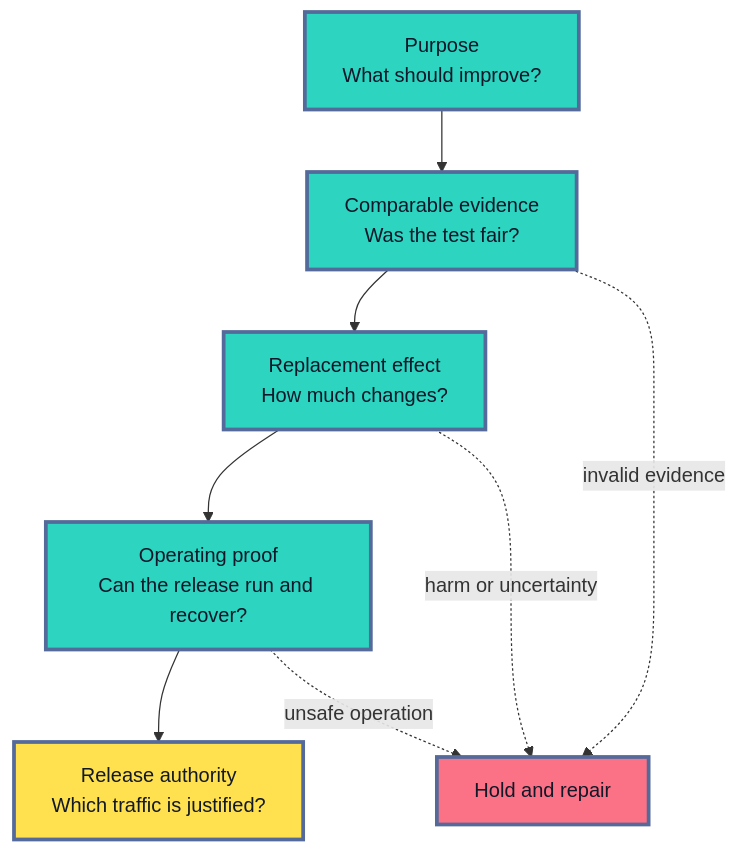
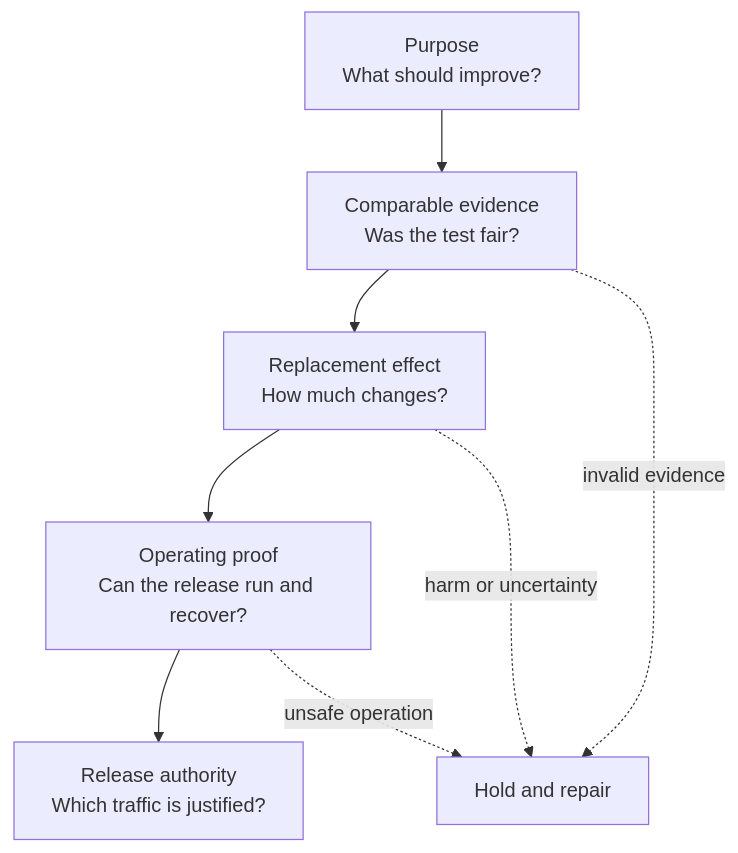
The first of 3 diagrams in roadmaps/mlops/modules/model-evaluation/release-decisions/01-candidate-vs-production-model.md (senlinyy/dev-roadmaps), drawn with Mermaid before and after one commit. The commit also changed other lines of this file and 152 other files, not shown here.

Commit message:
feat: mlops and diagrams updated

````diff
--- a/roadmaps/mlops/modules/model-evaluation/release-decisions/01-candidate-vs-production-model.md
+++ b/roadmaps/mlops/modules/model-evaluation/release-decisions/01-candidate-vs-production-model.md
@@ -43,18 +43,15 @@
 ```mermaid
 flowchart TD
     P["Purpose<br/>What should improve?"] --> C["Comparable evidence<br/>Was the test fair?"]
     C --> E["Replacement effect<br/>How much changes?"]
     E --> O["Operating proof<br/>Can the release run and recover?"]
     O --> A["Release authority<br/>Which traffic is justified?"]
 
     C -. "invalid evidence" .-> H["Hold and repair"]
     E -. "harm or uncertainty" .-> H
     O -. "unsafe operation" .-> H
 
-    classDef question fill:#2DD4BF,stroke:#536A9A,stroke-width:3px,color:#0F172A
-    classDef decision fill:#FFE04F,stroke:#536A9A,stroke-width:3px,color:#111827
-    classDef hold fill:#FB7185,stroke:#536A9A,stroke-width:3px,color:#111827
     class P,C,E,O question
     class A decision
     class H hold
 ```
````
